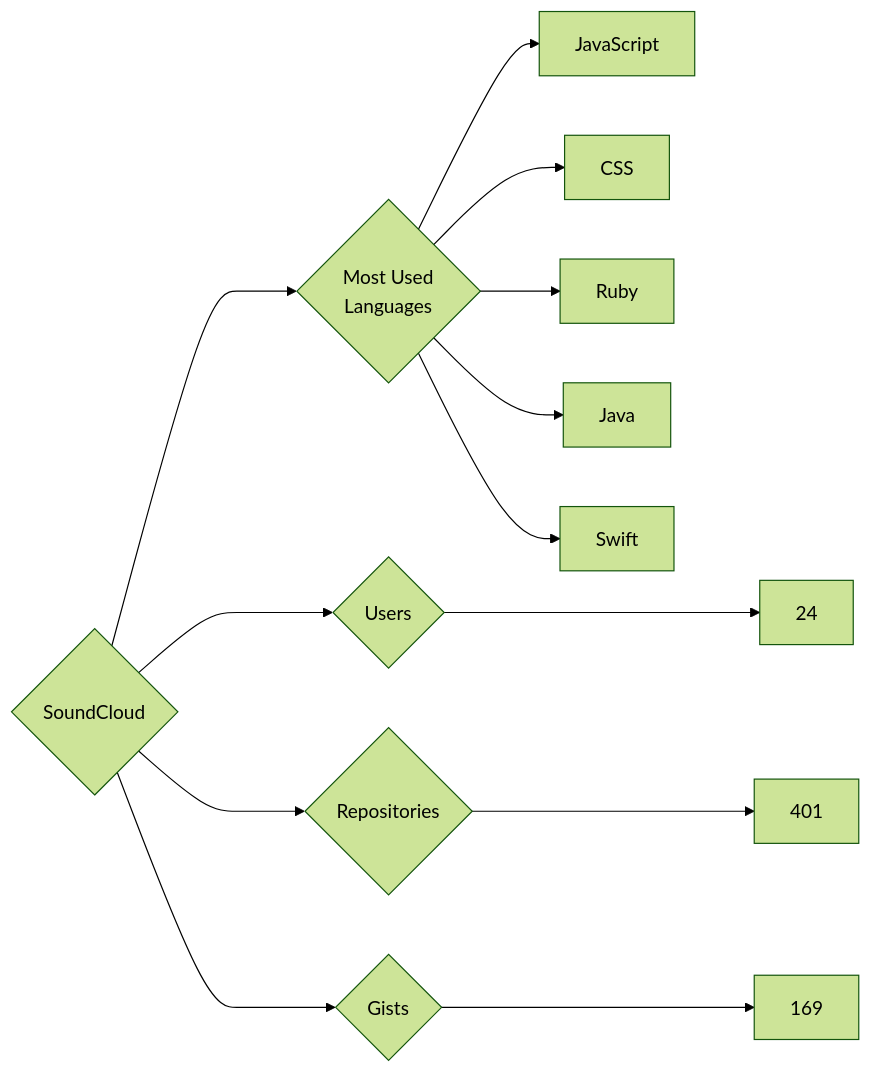
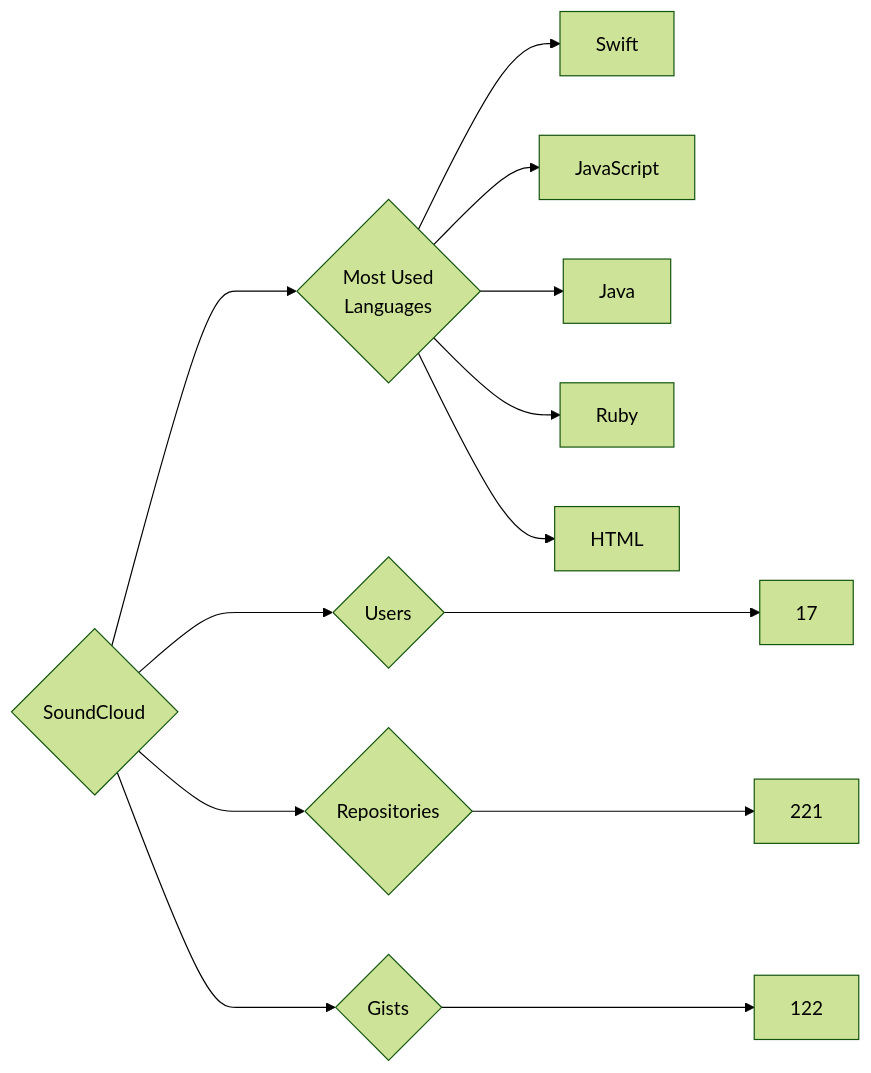
The diagram in targets/SoundCloud/README.md (trickest/insiders), drawn with Mermaid (forest theme) before and after one commit. The commit also changed 796 other files, not shown here.

````diff
--- a/targets/SoundCloud/README.md
+++ b/targets/SoundCloud/README.md
@@ -3,13 +3,13 @@
 ```mermaid
 graph LR
 COMPANY_NAME{SoundCloud}
-COMPANY_NAME ---> U{Users} ---> UN[24]
-COMPANY_NAME ---> R{Repositories} ---> RN[401]
-COMPANY_NAME ---> G{Gists} ---> GN[169]
+COMPANY_NAME ---> U{Users} ---> UN[17]
+COMPANY_NAME ---> R{Repositories} ---> RN[221]
+COMPANY_NAME ---> G{Gists} ---> GN[122]
 COMPANY_NAME ---> ML{Most Used<br>Languages}
+ML --> Swift[Swift]
 ML --> JavaScript[JavaScript]
-ML --> CSS[CSS]
+ML --> Java[Java]
 ML --> Ruby[Ruby]
-ML --> Java[Java]
-ML --> Swift[Swift]
+ML --> HTML[HTML]
 ```
````
